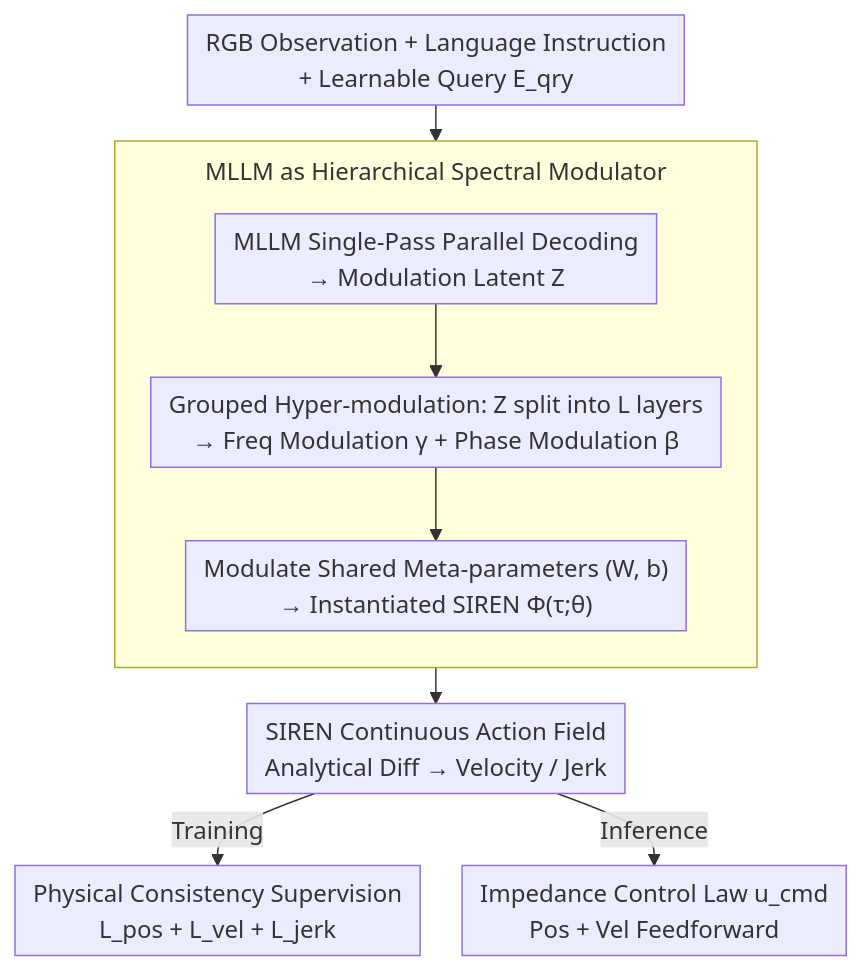
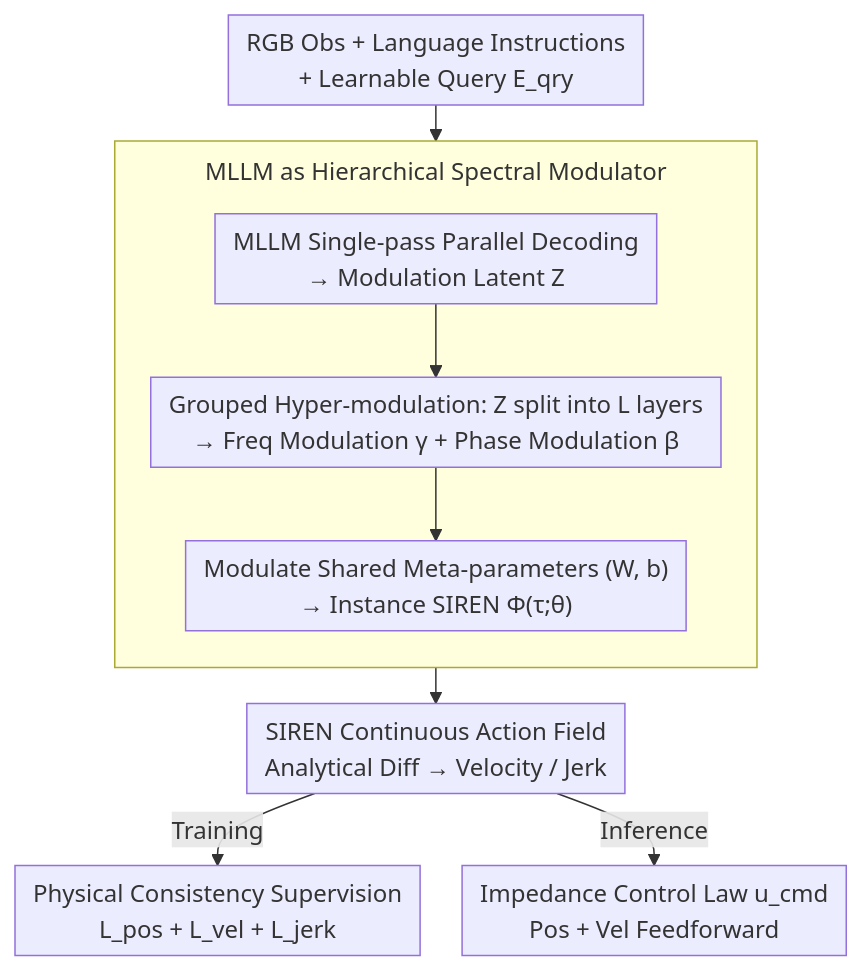
One commit to zhaoyang97/Paper-Notes-en changed the diagram in docs/ICML2026/robotics/neural_implicit_action_fields_from_discrete_waypoints_to_continuous_functions_fo.md. Above: the diagram before and after it, drawn with Mermaid. The commit also changed other lines of this file and 5084 other files, not shown here.

````diff
--- a/docs/ICML2026/robotics/neural_implicit_action_fields_from_discrete_waypoints_to_continuous_functions_fo.md
+++ b/docs/ICML2026/robotics/neural_implicit_action_fields_from_discrete_waypoints_to_continuous_functions_fo.md
@@ -49,16 +49,16 @@
 ```mermaid
 %%{init: {'flowchart': {'rankSpacing': 24, 'nodeSpacing': 28, 'padding': 6, 'wrappingWidth': 400, 'subGraphTitleMargin': {'top': 8, 'bottom': 16}}}}%%
 flowchart TD
-    A["RGB Observation + Language Instruction<br/>+ Learnable Query E_qry"]
+    A["RGB Obs + Language Instructions<br/>+ Learnable Query E_qry"]
     subgraph MOD["MLLM as Hierarchical Spectral Modulator"]
         direction TB
-        B["MLLM Single-Pass Parallel Decoding<br/>→ Modulation Latent Z"]
+        B["MLLM Single-pass Parallel Decoding<br/>→ Modulation Latent Z"]
         C["Grouped Hyper-modulation: Z split into L layers<br/>→ Freq Modulation γ + Phase Modulation β"]
-        D["Modulate Shared Meta-parameters (W, b)<br/>→ Instantiated SIREN Φ(τ;θ)"]
+        D["Modulate Shared Meta-parameters (W, b)<br/>→ Instance SIREN Φ(τ;θ)"]
         B --> C --> D
     end
     A --> MOD
     MOD --> E["SIREN Continuous Action Field<br/>Analytical Diff → Velocity / Jerk"]
     E -->|Training| F["Physical Consistency Supervision<br/>L_pos + L_vel + L_jerk"]
     E -->|Inference| G["Impedance Control Law u_cmd<br/>Pos + Vel Feedforward"]
 ```
````
